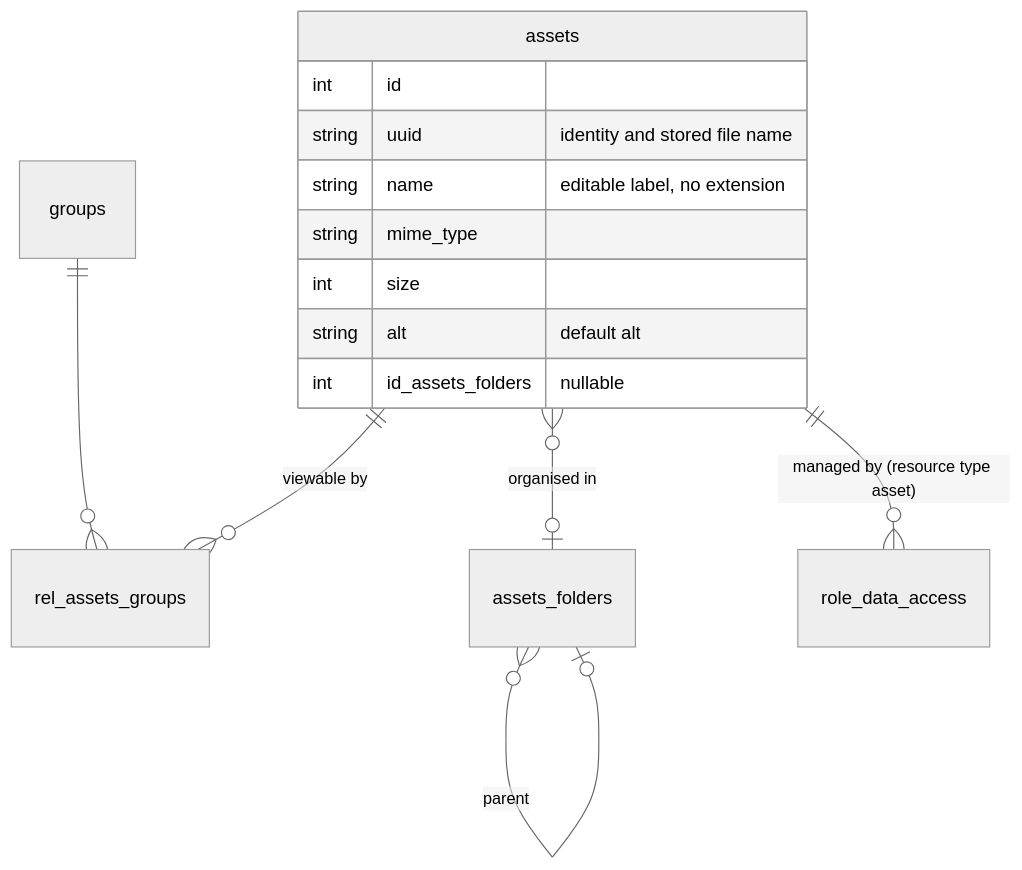
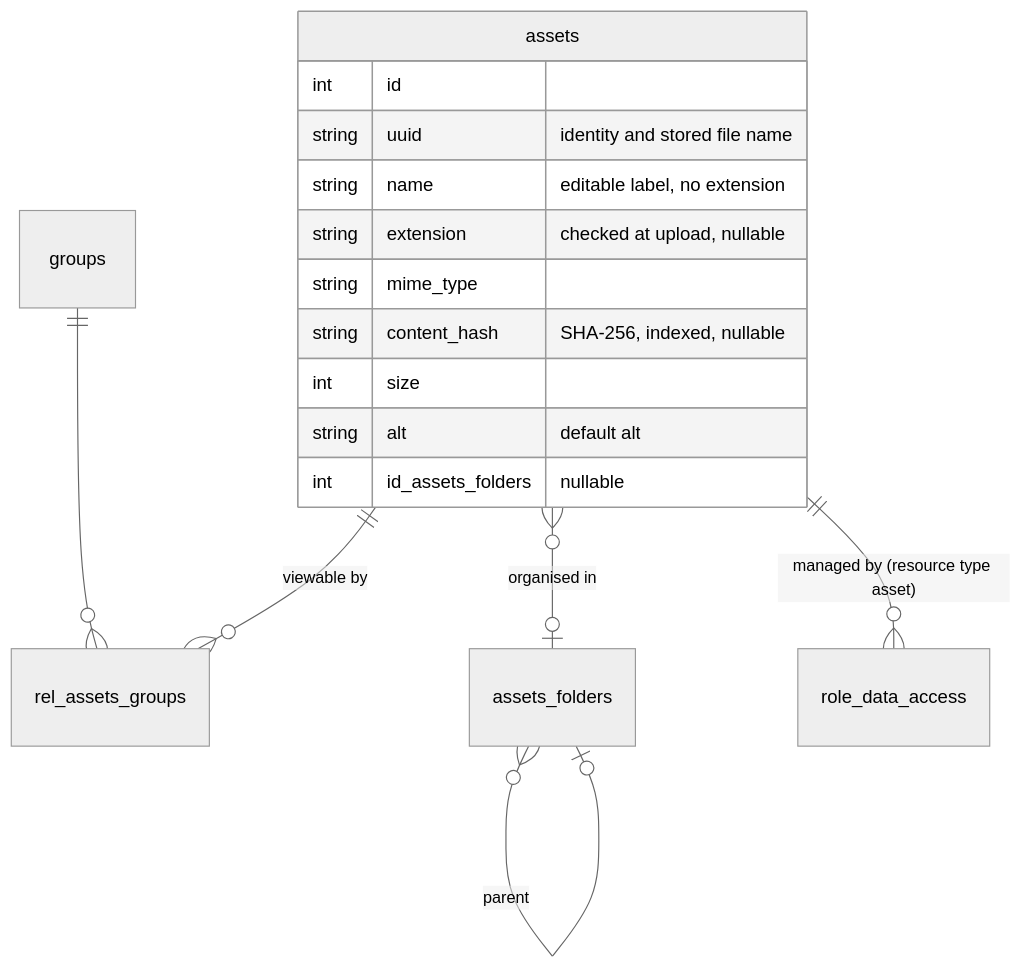
The diagram in docs/developer/09-asset-management.md (humdek-unibe-ch/sh-selfhelp_backend), drawn with Mermaid (neutral theme) before and after one commit. The commit also changed other lines of this file and 2 other files, not shown here.

````diff
--- a/docs/developer/09-asset-management.md
+++ b/docs/developer/09-asset-management.md
@@ -15,17 +15,19 @@
 ```mermaid
 erDiagram
     assets ||--o{ rel_assets_groups : "viewable by"
     groups ||--o{ rel_assets_groups : ""
     assets }o--o| assets_folders : "organised in"
     assets_folders }o--o| assets_folders : "parent"
     assets ||--o{ role_data_access : "managed by (resource type asset)"
     assets {
         int id
         string uuid "identity and stored file name"
         string name "editable label, no extension"
+        string extension "checked at upload, nullable"
         string mime_type
+        string content_hash "SHA-256, indexed, nullable"
         int size
         string alt "default alt"
         int id_assets_folders "nullable"
     }
 ```
````
